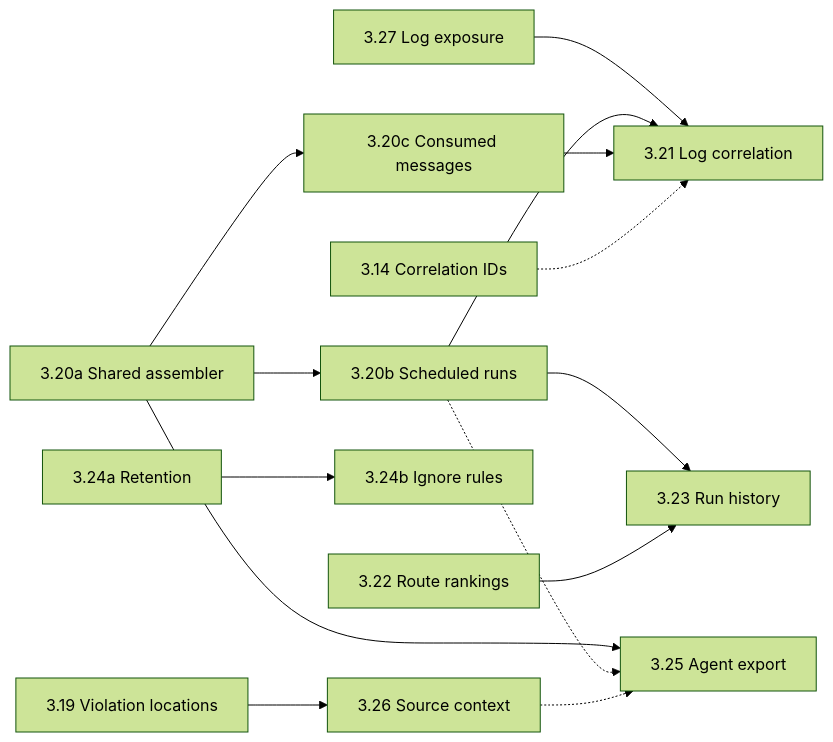
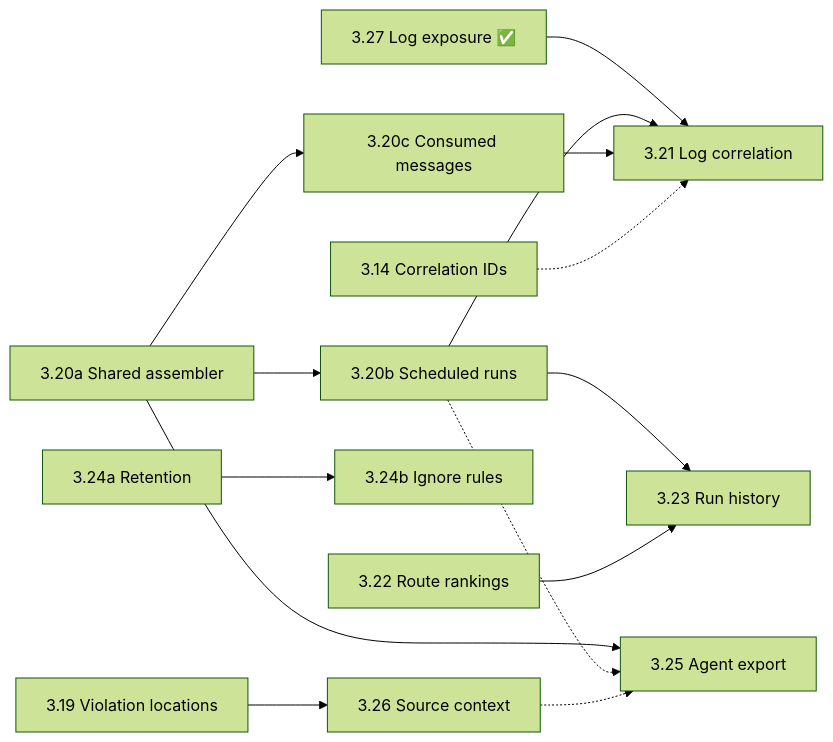
Before and after one commit to jdubois/boot-ui: the diagram in docs/PLAN.md, drawn with Mermaid (forest theme). The commit also changed other lines of this file and 45 other files, not shown here.

First line of the commit message:
fix(log-tail): apply the value-exposure policy to log and container log text

````diff
--- a/docs/PLAN.md
+++ b/docs/PLAN.md
@@ -78,16 +78,16 @@
 ```mermaid
 graph LR
-  S27["3.27 Log exposure"] --> S21["3.21 Log correlation"]
+  S27["3.27 Log exposure ✅"] --> S21["3.21 Log correlation"]
   S20a["3.20a Shared assembler"] --> S20b["3.20b Scheduled runs"]
   S20a --> S20c["3.20c Consumed messages"]
   S20a --> S25["3.25 Agent export"]
   S20b --> S21
   S20c --> S21
   S20b --> S23["3.23 Run history"]
   S22["3.22 Route rankings"] --> S23
   S24a["3.24a Retention"] --> S24b["3.24b Ignore rules"]
   S19["3.19 Violation locations"] --> S26["3.26 Source context"]
   S14["3.14 Correlation IDs"] -.-> S21
   S20b -.-> S25
   S26 -.-> S25
 ```
````
